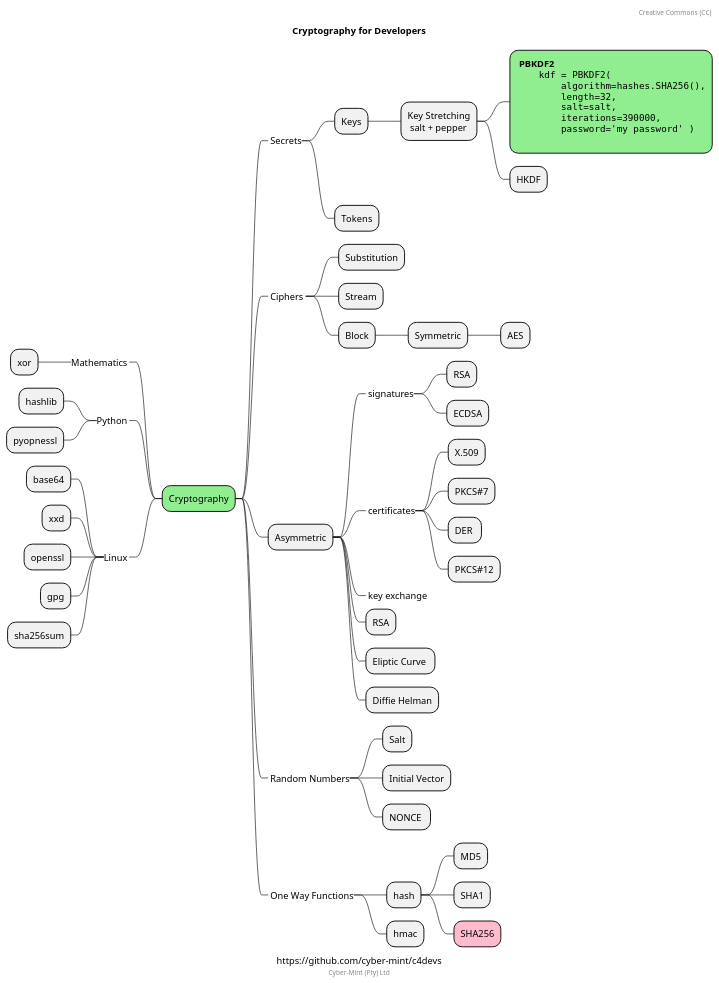
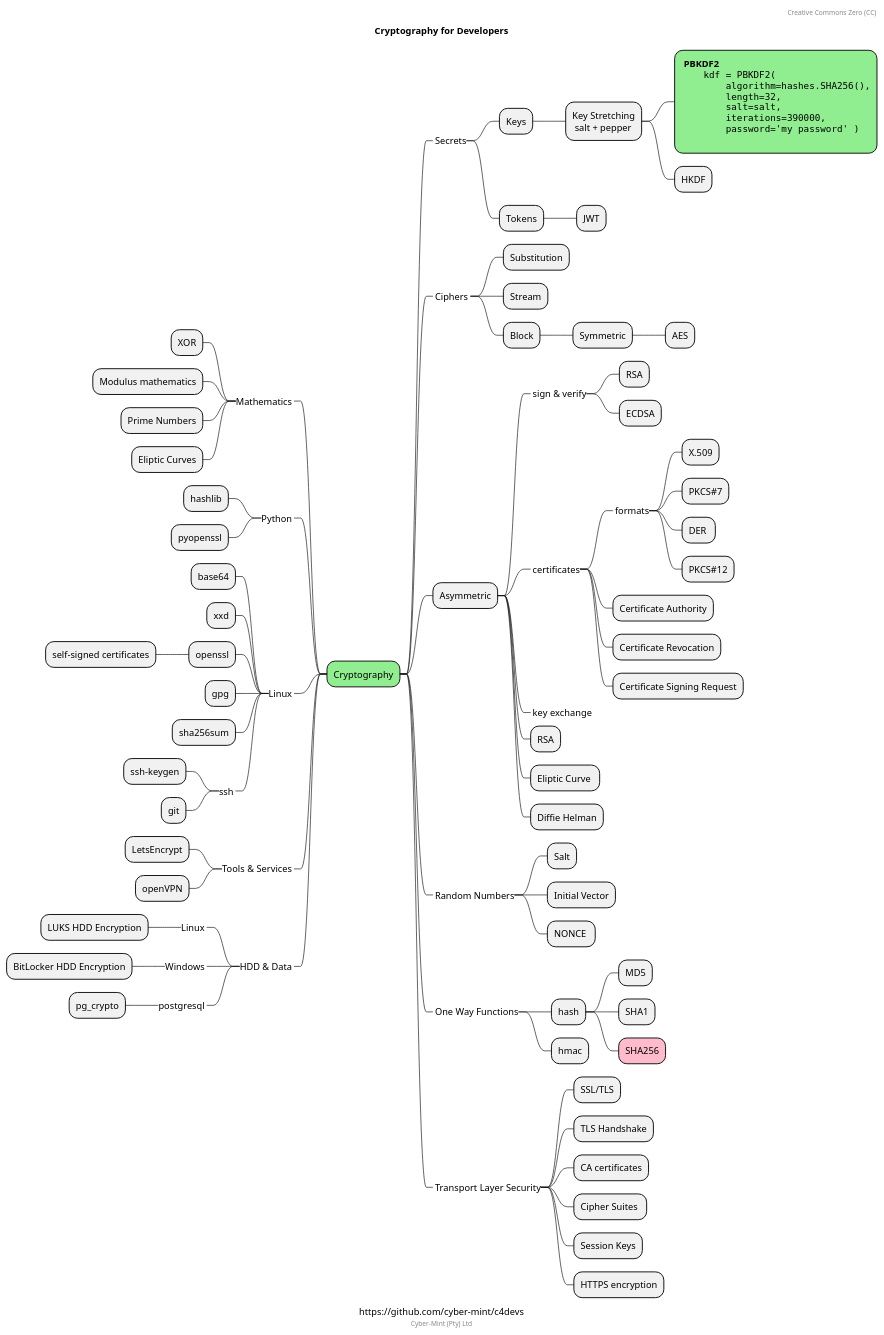
Before and after one commit to Cyber-Mint/c4devs: the diagram in cryptography.puml, drawn with PlantUML. The commit also changed 3 other files, not shown here.

```diff
--- a/cryptography.puml
+++ b/cryptography.puml
@@ -1,86 +1,115 @@
 @startmindmap
 
 caption https://github.com/cyber-mint/c4devs
 title Cryptography for Developers
 
 *[#lightgreen] Cryptography
 
  *_ Secrets
   * Keys
 ****:Key Stretching
  salt + pepper;
 
 *****[#lightgreen]: **PBKDF2**
 <code>
     kdf = PBKDF2(
         algorithm=hashes.SHA256(),
         length=32,
         salt=salt,
         iterations=390000,
         password='my password' )
 </code>
 ;
     * HKDF
   * Tokens
+   * JWT
 
  *_ Ciphers <<rose>>
   * Substitution
   * Stream
   * Block
    * Symmetric
     * AES
  * Asymmetric
-  *_ signatures
+  *_ sign & verify
    * RSA
    * ECDSA
   *_ certificates
-   * X.509
-   * PKCS#7
-   * DER 
-   * PKCS#12
-
+   *_ formats
+    * X.509
+    * PKCS#7
+    * DER 
+    * PKCS#12
+   * Certificate Authority
+   * Certificate Revocation
+   * Certificate Signing Request
   *_ key exchange
   * RSA
   * Eliptic Curve 
   * Diffie Helman
 
  *_ Random Numbers
   * Salt
   * Initial Vector
   * NONCE 
  *_ One Way Functions
   * hash
    * MD5
    * SHA1
    *[#FFBBCC] SHA256
   * hmac
+ *_ Transport Layer Security
+  * SSL/TLS
+  * TLS Handshake
+  * CA certificates
+  * Cipher Suites 
+  * Session Keys
+  * HTTPS encryption
 
 left side
 
 --_ Mathematics
-  * xor
- 
+  * XOR
+  * Modulus mathematics
+  * Prime Numbers
+  * Eliptic Curves
+
 --_ Python
   * hashlib
-  * pyopnessl
+  * pyopenssl
 
 --_ Linux
   * base64
   * xxd
   * openssl
+   * self-signed certificates
   * gpg
   * sha256sum
+  *_ ssh
+   * ssh-keygen
+   * git
 
+--_ Tools & Services
+  * LetsEncrypt
+  * openVPN
+
+--_ HDD & Data
+  *_ Linux
+   * LUKS HDD Encryption
+  *_ Windows
+   * BitLocker HDD Encryption
+  *_ postgresql
+   * pg_crypto
 
 header
- Creative Commons (CC)
+ Creative Commons Zero (CC)
 endheader
 
 center footer Cyber-Mint (Pty) Ltd
 
 ' legend right
 '   Short
 '   legend
 ' endlegend
 
 @endmindmap
```
